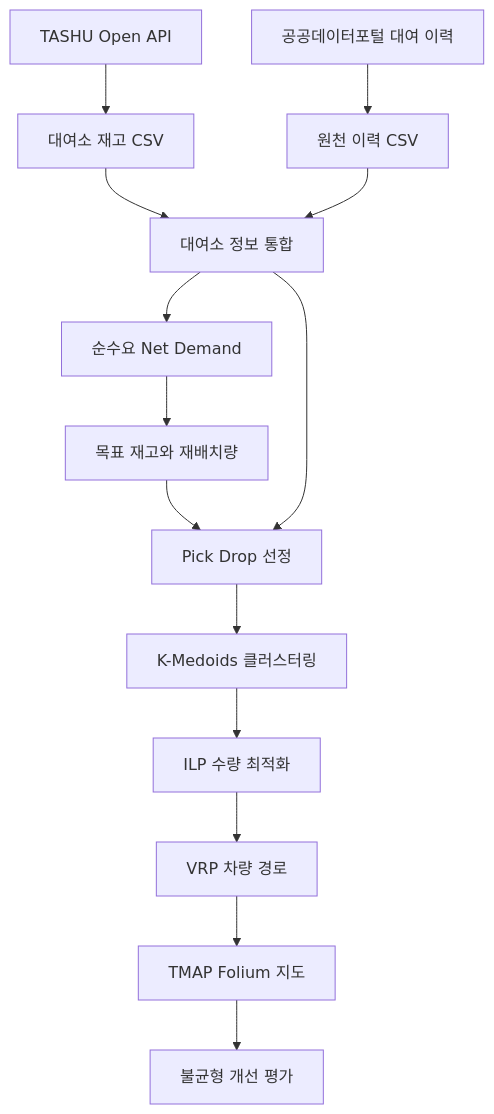
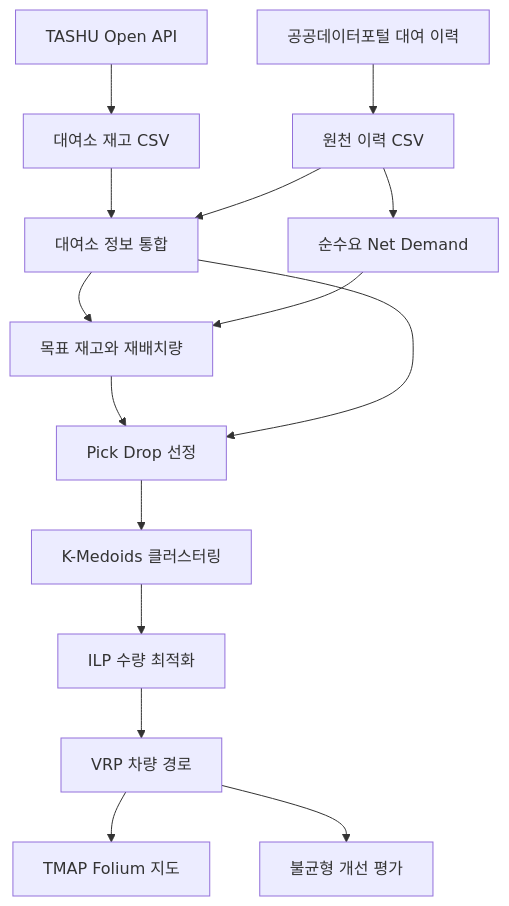
One commit to movinggeol/PBR-PublicBicycleRelocation changed the diagram in docs/구현/PROJECT_PIPELINE.md. Above: the diagram before and after it, drawn with Mermaid. The commit also changed other lines of this file and 38 other files, not shown here.

```diff
--- a/docs/구현/PROJECT_PIPELINE.md
+++ b/docs/구현/PROJECT_PIPELINE.md
@@ -7,16 +7,17 @@
 ~~~mermaid
 flowchart TD
     A[TASHU Open API] --> C[대여소 재고 CSV]
     B[공공데이터포털 대여 이력] --> D[원천 이력 CSV]
     C --> E[대여소 정보 통합]
     D --> E
-    E --> F[순수요 Net Demand]
-    F --> G[목표 재고와 재배치량]
+    D --> F[순수요 Net Demand]
+    E --> G[목표 재고와 재배치량]
+    F --> G
     G --> H[Pick Drop 선정]
     E --> H
     H --> I[K-Medoids 클러스터링]
     I --> J[ILP 수량 최적화]
     J --> K[VRP 차량 경로]
     K --> L[TMAP Folium 지도]
-    L --> M[불균형 개선 평가]
+    K --> M[불균형 개선 평가]
 ~~~
```
